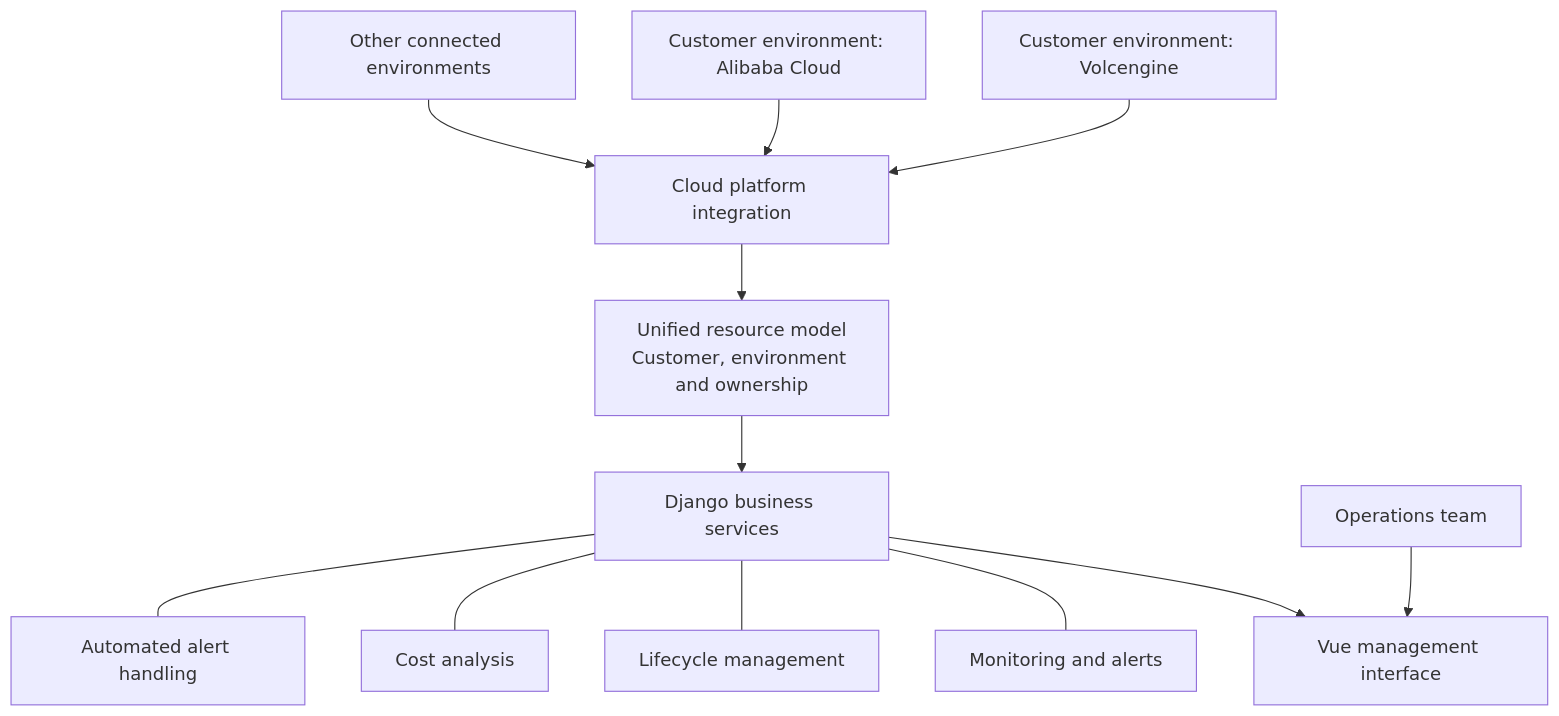
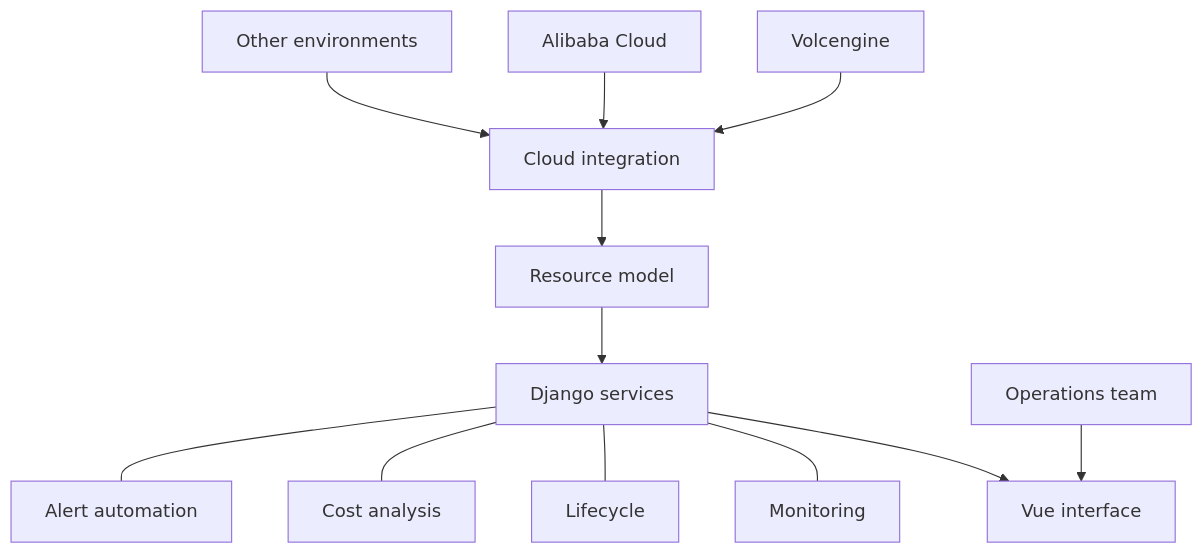
Before and after one commit to cytlabs/personal-site: the first of 2 diagrams in content/en/cases/multi-cloud-management.md, drawn with Mermaid. The commit also changed other lines of this file and 17 other files, not shown here.

First line of the commit message:
统一图表排版、主题和大图查看 (#15)

````diff
--- a/content/en/cases/multi-cloud-management.md
+++ b/content/en/cases/multi-cloud-management.md
@@ -17,14 +17,12 @@
 ```mermaid
 flowchart TD
-    A["Customer environment: Volcengine"] --> R["Cloud platform integration"]
-    B["Customer environment: Alibaba Cloud"] --> R
-    C["Other connected environments"] --> R
-    R --> M["Unified resource model<br/>Customer, environment and ownership"]
-    M --> S["Django business services"]
-    S --> U["Vue management interface"]
+    A["Volcengine"] --> R["Cloud integration"]
+    B["Alibaba Cloud"] --> R
+    C["Other environments"] --> R
+    R --> M["Resource model"] --> S["Django services"] --> U["Vue interface"]
     O["Operations team"] --> U
-    S --- V["Monitoring and alerts"]
-    S --- L["Lifecycle management"]
+    S --- V["Monitoring"]
+    S --- L["Lifecycle"]
     S --- F["Cost analysis"]
-    S --- T["Automated alert handling"]
+    S --- T["Alert automation"]
 ```
````
